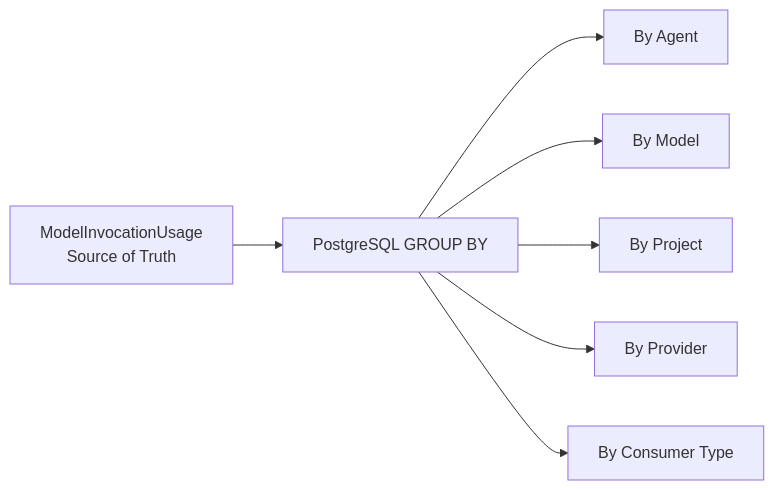
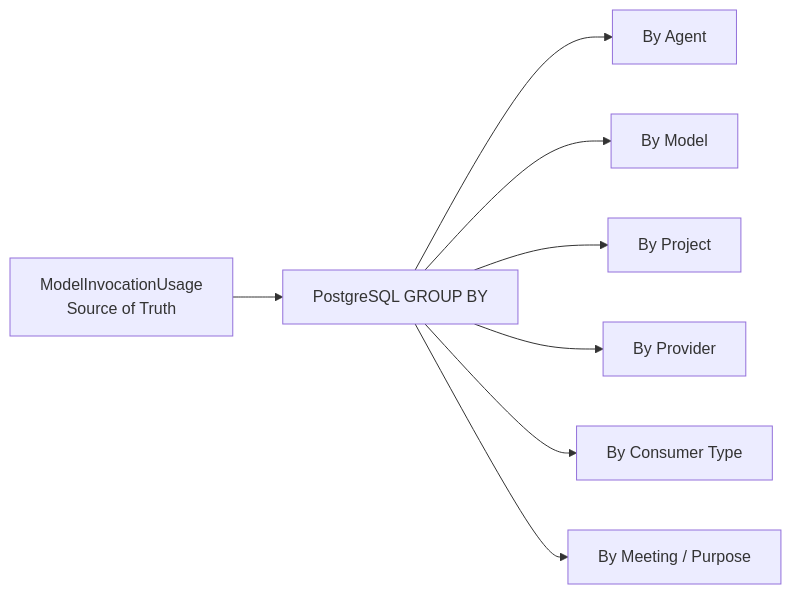
One commit to LunaDeerTech/agenteam changed the fourth of 5 diagrams in docs/architecture/platform-infrastructure/model-token-usage.md. Above: the diagram before and after it, drawn with Mermaid. The commit also changed other lines of this file and 86 other files, not shown here.

```diff
--- a/docs/architecture/platform-infrastructure/model-token-usage.md
+++ b/docs/architecture/platform-infrastructure/model-token-usage.md
@@ -387,17 +401,19 @@
 ~~~mermaid
 flowchart LR
     Records["ModelInvocationUsage<br/>Source of Truth"]
     SQL["PostgreSQL GROUP BY"]
     Agent["By Agent"]
     Model["By Model"]
     Project["By Project"]
     Provider["By Provider"]
     Consumer["By Consumer Type"]
+    Meeting["By Meeting / Purpose"]
 
     Records --> SQL
     SQL --> Agent
     SQL --> Model
     SQL --> Project
     SQL --> Provider
     SQL --> Consumer
+    SQL --> Meeting
 ~~~
```
